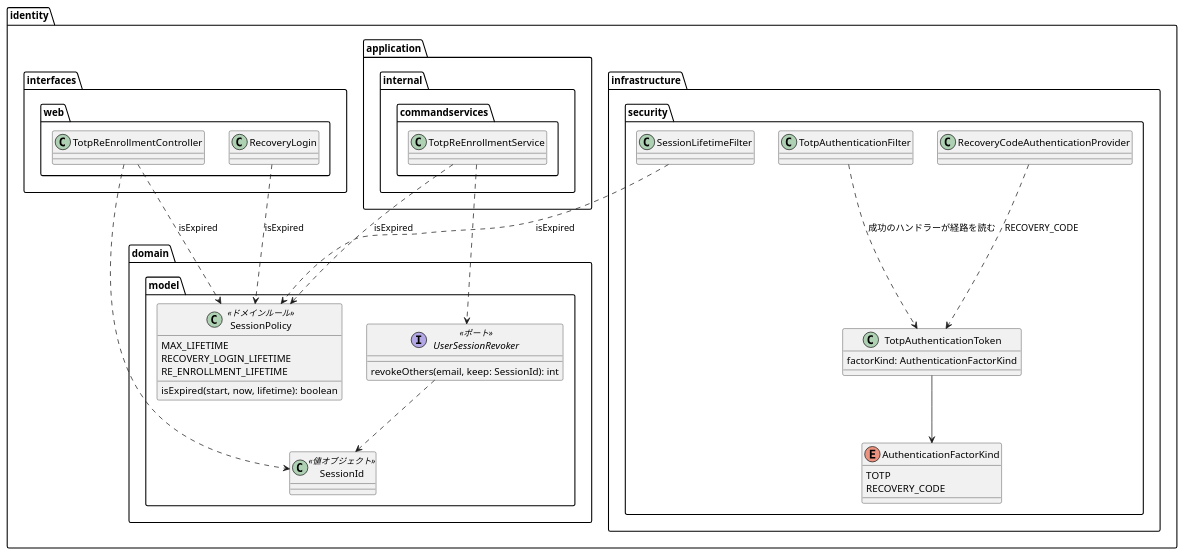
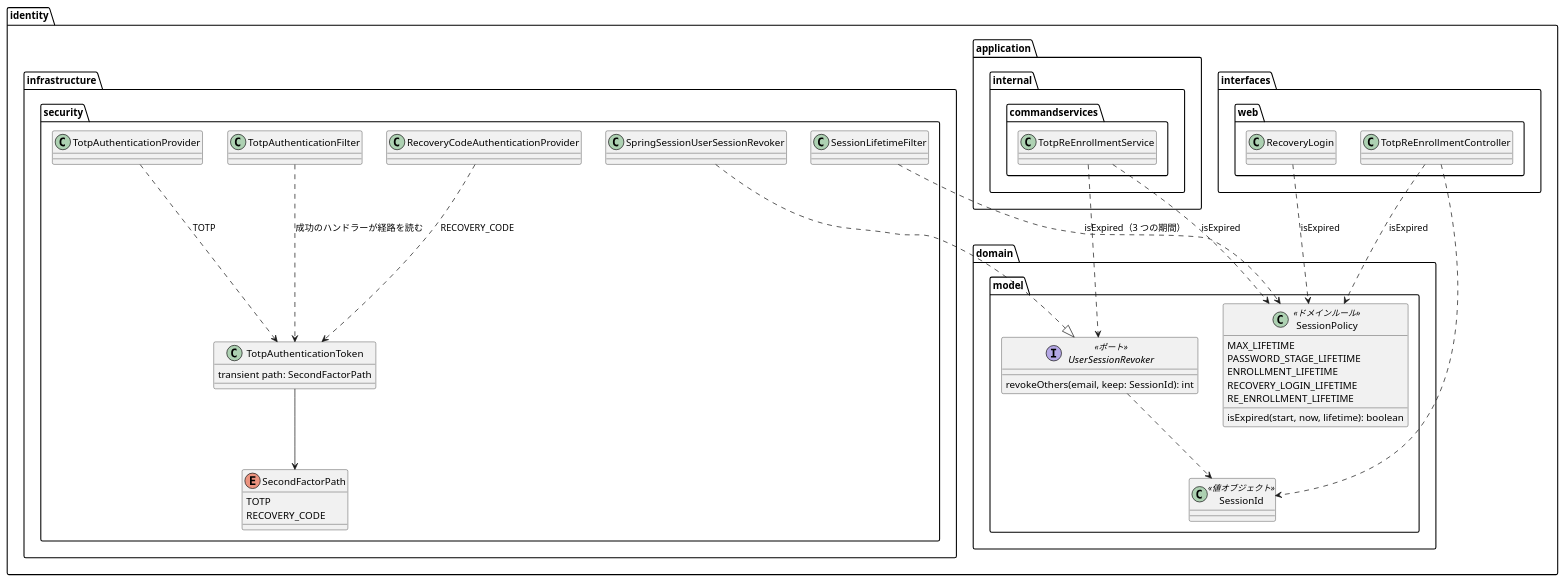
Before and after one commit to k2works/practical-domain-driven-design-in-enterpris-application: the diagram in docs/development/cargo-tracker/bolt_33e_plan.md, drawn with PlantUML. The commit also changed other lines of this file and 4 other files, not shown here.

````diff
--- a/docs/development/cargo-tracker/bolt_33e_plan.md
+++ b/docs/development/cargo-tracker/bolt_33e_plan.md
@@ -58,47 +60,53 @@
 ```plantuml
 @startuml
 package "identity" {
   package "domain.model" {
     class SessionPolicy <<ドメインルール>> {
       MAX_LIFETIME
+      PASSWORD_STAGE_LIFETIME
+      ENROLLMENT_LIFETIME
       RECOVERY_LOGIN_LIFETIME
       RE_ENROLLMENT_LIFETIME
       isExpired(start, now, lifetime): boolean
     }
     class SessionId <<値オブジェクト>>
     interface UserSessionRevoker <<ポート>> {
       revokeOthers(email, keep: SessionId): int
     }
   }
   package "application.internal.commandservices" {
     class TotpReEnrollmentService
   }
   package "infrastructure.security" {
     class TotpAuthenticationToken {
-      factorKind: AuthenticationFactorKind
+      transient path: SecondFactorPath
     }
-    enum AuthenticationFactorKind {
+    enum SecondFactorPath {
       TOTP
       RECOVERY_CODE
     }
+    class TotpAuthenticationProvider
     class RecoveryCodeAuthenticationProvider
     class TotpAuthenticationFilter
     class SessionLifetimeFilter
+    class SpringSessionUserSessionRevoker
   }
   package "interfaces.web" {
     class TotpReEnrollmentController
     class RecoveryLogin
   }
   TotpReEnrollmentService ..> SessionPolicy : isExpired
   TotpReEnrollmentService ..> UserSessionRevoker
   UserSessionRevoker ..> SessionId
-  SessionLifetimeFilter ..> SessionPolicy : isExpired
+  SpringSessionUserSessionRevoker ..|> UserSessionRevoker
+  SessionLifetimeFilter ..> SessionPolicy : isExpired（3 つの期間）
   RecoveryLogin ..> SessionPolicy : isExpired
   TotpReEnrollmentController ..> SessionPolicy : isExpired
   TotpReEnrollmentController ..> SessionId
+  TotpAuthenticationProvider ..> TotpAuthenticationToken : TOTP
   RecoveryCodeAuthenticationProvider ..> TotpAuthenticationToken : RECOVERY_CODE
   TotpAuthenticationFilter ..> TotpAuthenticationToken : 成功のハンドラーが経路を読む
-  TotpAuthenticationToken --> AuthenticationFactorKind
+  TotpAuthenticationToken --> SecondFactorPath
 }
 @enduml
 ```
````
